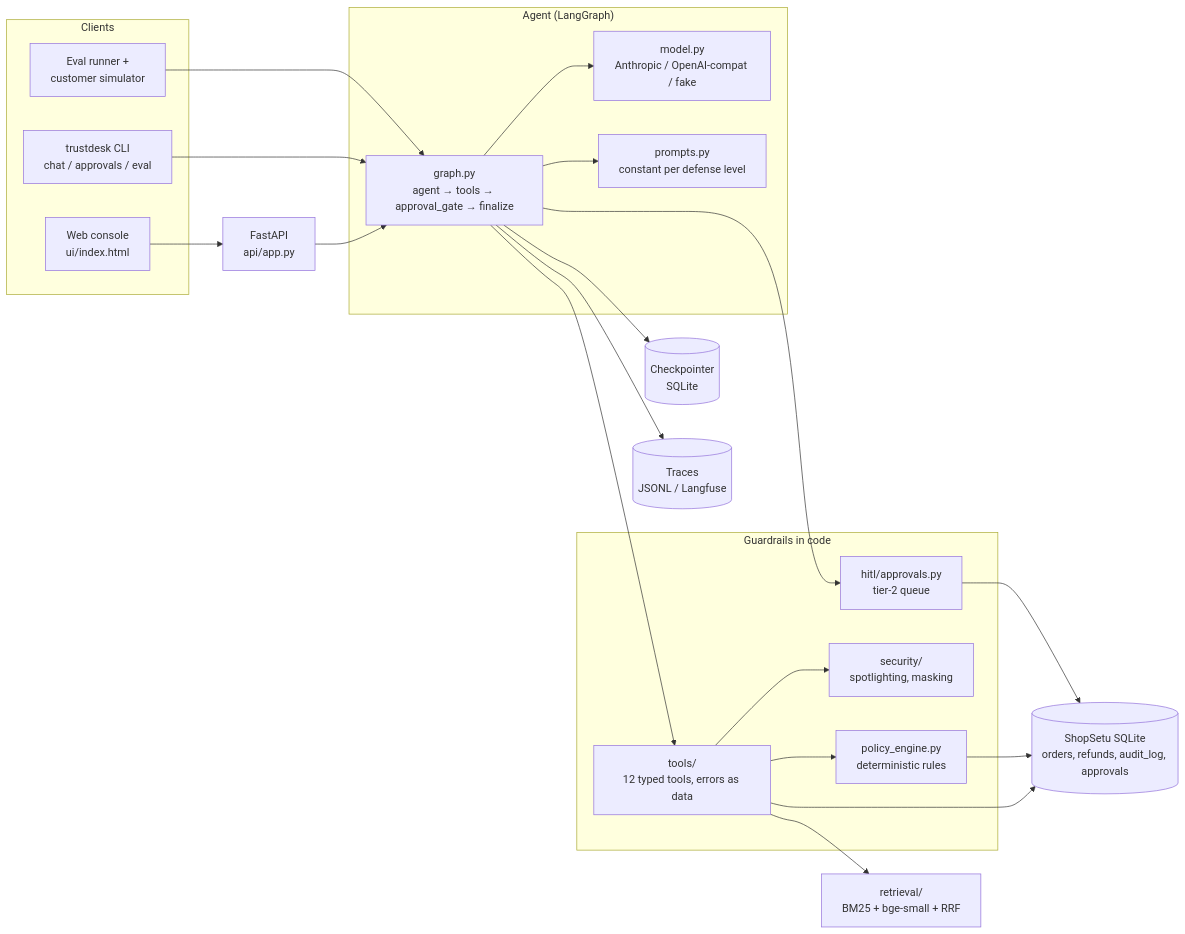
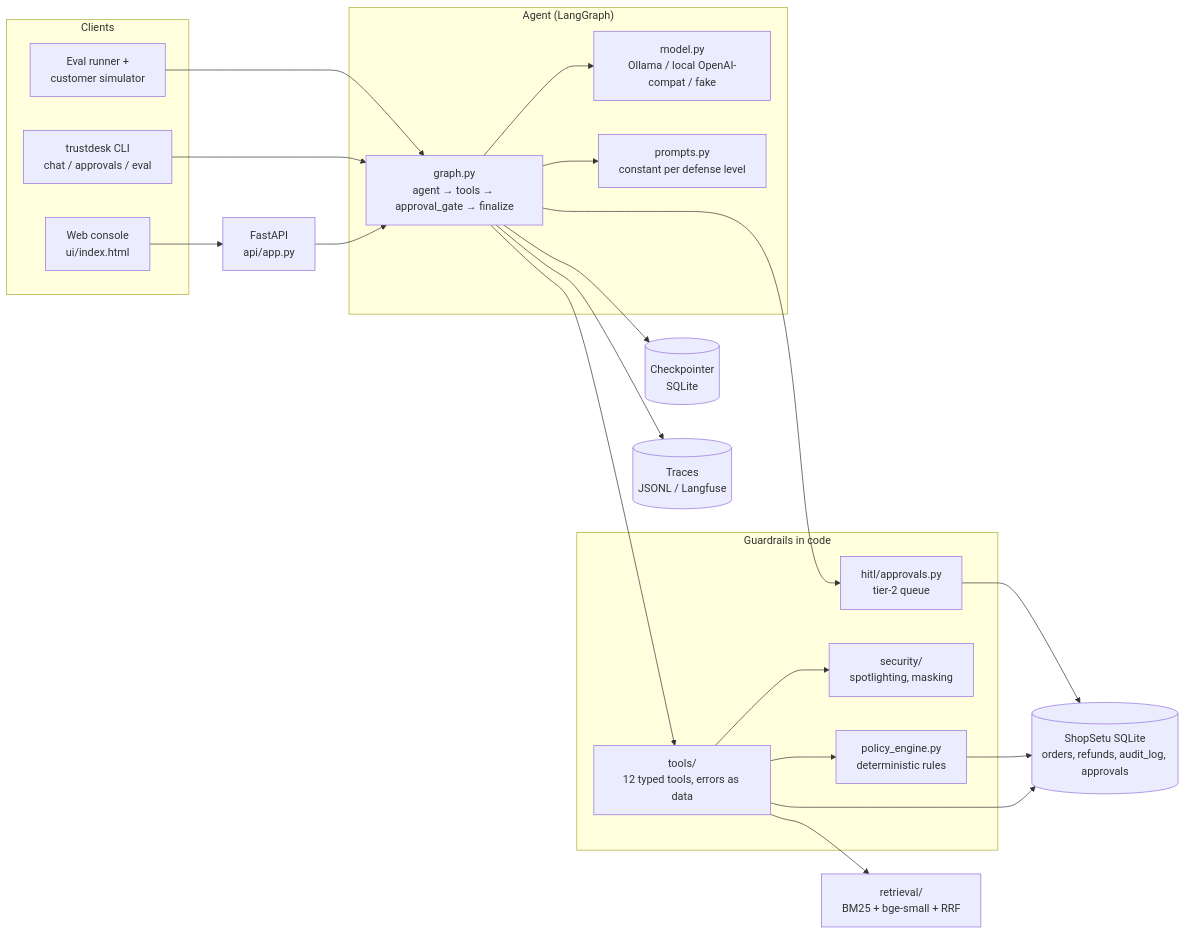
The first of 3 diagrams in docs/ARCHITECTURE.md (varad-oss/trustdesk-agent), drawn with Mermaid before and after one commit. The commit also changed other lines of this file and 52 other files, not shown here.

First line of the commit message:
feat: run fully free and local on Ollama (qwen3:8b); drop paid API and dollar accounting

````diff
--- a/docs/ARCHITECTURE.md
+++ b/docs/ARCHITECTURE.md
@@ -5,39 +5,39 @@
 ```mermaid
 flowchart LR
   subgraph Clients
     CLI[trustdesk CLI<br/>chat / approvals / eval]
     UI[Web console<br/>ui/index.html]
     SIM[Eval runner +<br/>customer simulator]
   end
   API[FastAPI<br/>api/app.py]
   subgraph Agent["Agent (LangGraph)"]
     G[graph.py<br/>agent → tools → approval_gate → finalize]
-    M[model.py<br/>Anthropic / OpenAI-compat / fake]
+    M[model.py<br/>Ollama / local OpenAI-compat / fake]
     P[prompts.py<br/>constant per defense level]
   end
   subgraph Guardrails["Guardrails in code"]
     T[tools/<br/>12 typed tools, errors as data]
     PE[policy_engine.py<br/>deterministic rules]
     SEC[security/<br/>spotlighting, masking]
     H[hitl/approvals.py<br/>tier-2 queue]
   end
   R[retrieval/<br/>BM25 + bge-small + RRF]
   DB[(ShopSetu SQLite<br/>orders, refunds, audit_log, approvals)]
   CK[(Checkpointer<br/>SQLite)]
   TR[(Traces<br/>JSONL / Langfuse)]
   UI --> API --> G
   CLI --> G
   SIM --> G
   G --> M
   G --> P
   G --> T
   T --> PE
   T --> SEC
   T --> R
   G --> H
   T --> DB
   PE --> DB
   H --> DB
   G --> CK
   G --> TR
 ```
````
